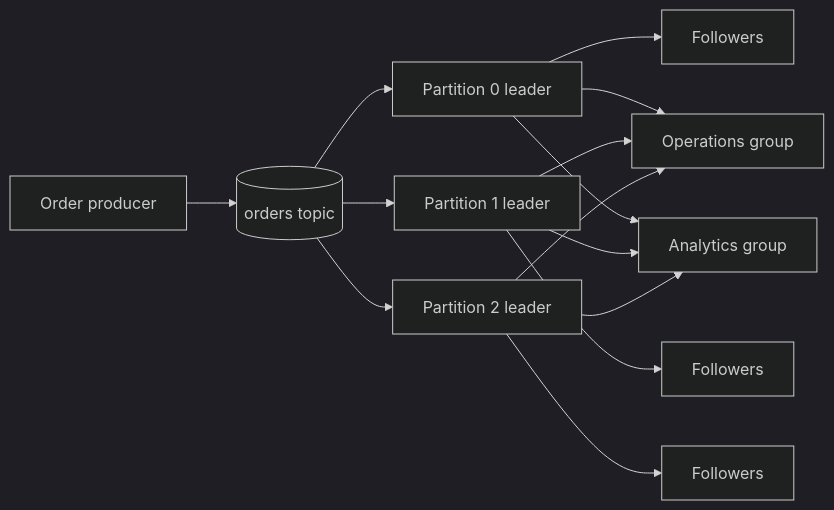
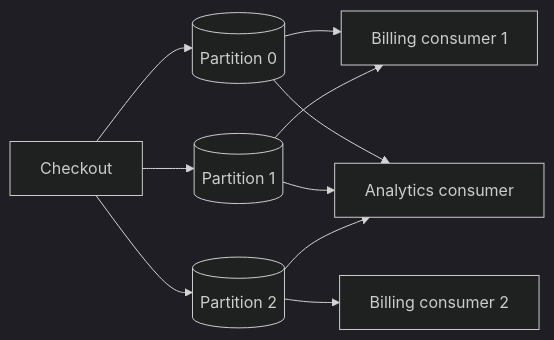
The diagram in streaming/kafka.md (alanqi03/sys-design), drawn with Mermaid (dark theme) before and after one commit. The commit also changed other lines of this file and 6 other files, not shown here.

````diff
--- a/streaming/kafka.md
+++ b/streaming/kafka.md
@@ -12,16 +21,10 @@
 ```{mermaid}
 flowchart LR
-  producer[Order producer] --> topic[(orders topic)]
-  topic --> p0[Partition 0 leader]
-  topic --> p1[Partition 1 leader]
-  topic --> p2[Partition 2 leader]
-  p0 --> replicas0[Followers]
-  p1 --> replicas1[Followers]
-  p2 --> replicas2[Followers]
-  p0 --> operations[Operations group]
-  p1 --> operations
-  p2 --> operations
-  p0 --> analytics[Analytics group]
-  p1 --> analytics
-  p2 --> analytics
+  producer[Checkout] --> p0[(Partition 0)]
+  producer --> p1[(Partition 1)]
+  producer --> p2[(Partition 2)]
+  p0 --> b1[Billing consumer 1]
+  p1 --> b1
+  p2 --> b2[Billing consumer 2]
+  p0 & p1 & p2 --> a1[Analytics consumer]
 ```
````
